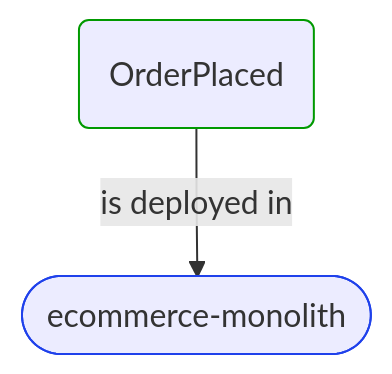
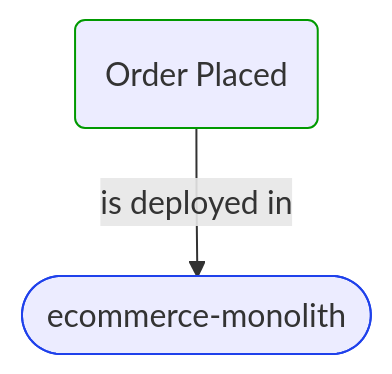
The second of 3 diagrams in Docs/P3/MermaidOutput/Domain/Concepts/Sales/Fulfillment/OrderPlaced.md (itlibrium/DDD-starter-dotnet), drawn with Mermaid before and after one commit. The commit also changed other lines of this file and 51 other files, not shown here.

````diff
--- a/Docs/P3/MermaidOutput/Domain/Concepts/Sales/Fulfillment/OrderPlaced.md
+++ b/Docs/P3/MermaidOutput/Domain/Concepts/Sales/Fulfillment/OrderPlaced.md
@@ -40,11 +40,11 @@
 ```mermaid
   flowchart TB
-    0(OrderPlaced)
+    0(Order Placed)
     class 0 DomainPerspective
     1([ecommerce-monolith])
     class 1 TechnologyPerspective
     0-->|is deployed in|1
     classDef DomainPerspective stroke:#009900
     classDef TechnologyPerspective stroke:#1F41EB
     classDef PeoplePerspective stroke:#FFF014
 ```
````
